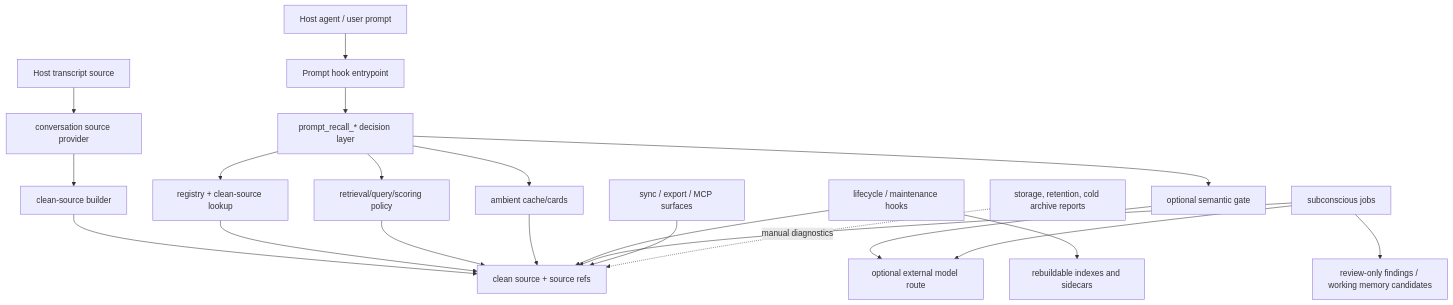
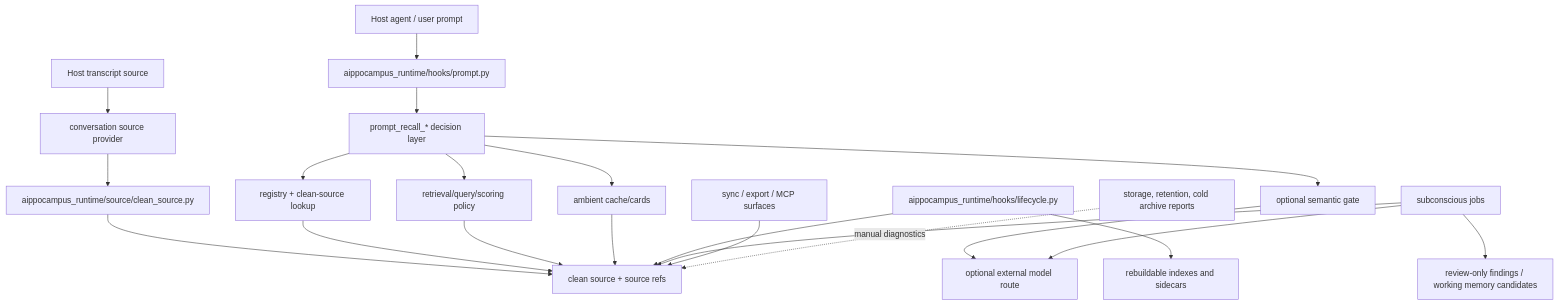
One commit to Sapientropic/AIppocampus changed the diagram in docs/architecture/runtime-script-map.md. Above: the diagram before and after it, drawn with Mermaid. The commit also changed other lines of this file and 268 other files, not shown here.

````diff
--- a/docs/architecture/runtime-script-map.md
+++ b/docs/architecture/runtime-script-map.md
@@ -21,23 +25,23 @@
 ```mermaid
 flowchart TD
-    User["Host agent / user prompt"] --> Hook["Prompt hook entrypoint"]
+    User["Host agent / user prompt"] --> Hook["aippocampus_runtime/hooks/prompt.py"]
     HostSource["Host transcript source"] --> Provider["conversation source provider"]
-    Provider --> SourceBuilder["clean-source builder"]
+    Provider --> SourceBuilder["aippocampus_runtime/source/clean_source.py"]
     SourceBuilder --> Source["clean source + source refs"]
     Hook --> Decision["prompt_recall_* decision layer"]
     Decision --> Registry["registry + clean-source lookup"]
     Decision --> Retrieval["retrieval/query/scoring policy"]
     Decision --> Semantic["optional semantic gate"]
     Decision --> Ambient["ambient cache/cards"]
-    Registry --> Source["clean source + source refs"]
+    Registry --> Source
     Retrieval --> Source
     Semantic --> Model["optional external model route"]
     Ambient --> Source
-    Lifecycle["lifecycle / maintenance hooks"] --> Source
+    Lifecycle["aippocampus_runtime/hooks/lifecycle.py"] --> Source
     Lifecycle --> Cache["rebuildable indexes and sidecars"]
     Subconscious["subconscious jobs"] --> Source
     Subconscious --> Model
     Subconscious --> Findings["review-only findings / working memory candidates"]
     Sync["sync / export / MCP surfaces"] --> Source
     Ops["storage, retention, cold archive reports"] -. manual diagnostics .-> Source
 ```
````
